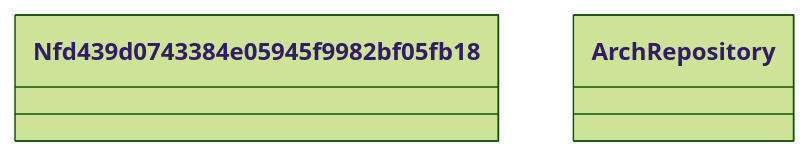
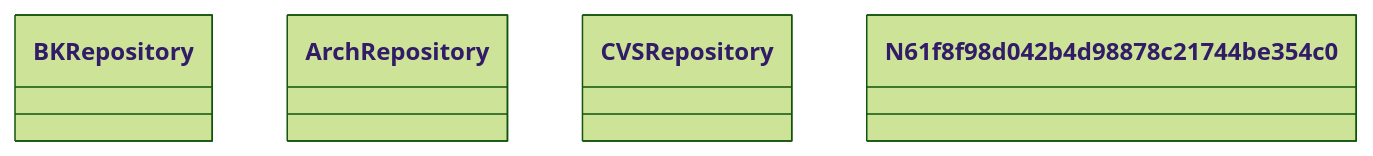
One commit to oeg-upm/Devos changed the diagram in output/Top_in_lov/doap.rdf-abstract.md. Above: the diagram before and after it, drawn with Mermaid (forest theme). The commit also changed 295 other files, not shown here.

````diff
--- a/output/Top_in_lov/doap.rdf-abstract.md
+++ b/output/Top_in_lov/doap.rdf-abstract.md
@@ -1,15 +1,23 @@
 ```mermaid
 	classDiagram
 
     
-    class Nfd439d0743384e05945f9982bf05fb18 {
+    class BKRepository {
     
     }
 
     class ArchRepository {
     
     }
 
+    class CVSRepository {
+    
+    }
+
+    class N61f8f98d042b4d98878c21744be354c0 {
+    
+    }
+
 
 
 ```
````
